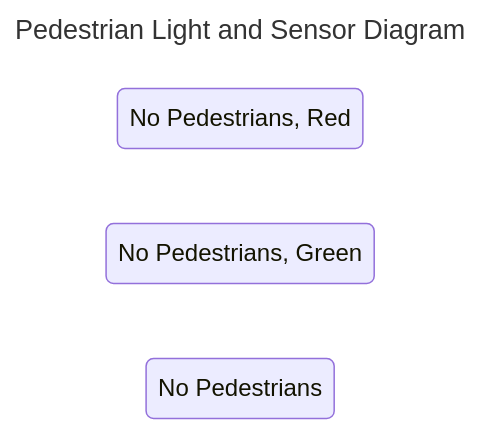
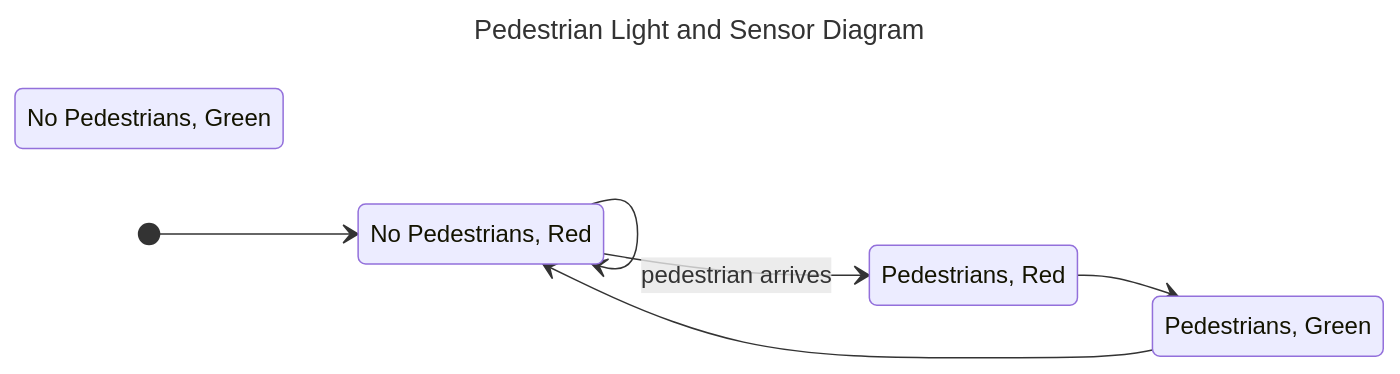
The sixth of 6 diagrams in COMP3153/System Model - Vinayak Fialok.md (VinayakFia/Obsidian), drawn with Mermaid before and after one commit. The commit also changed other lines of this file, not shown here.

````diff
--- a/COMP3153/System Model - Vinayak Fialok.md
+++ b/COMP3153/System Model - Vinayak Fialok.md
@@ -115,10 +121,16 @@
 ```mermaid
 ---
 title: Pedestrian Light and Sensor Diagram
 ---
 stateDiagram-v2
 	direction LR
 	nr: No Pedestrians, Red
 	ng: No Pedestrians, Green
-	pr: No Pedestrians
+	pr: Pedestrians, Red
+	pg: Pedestrians, Green
+	[*] --> nr
+	nr --> nr
+	nr --> pr : pedestrian arrives
+	pr --> pg
+	pg --> nr
 ```
````
